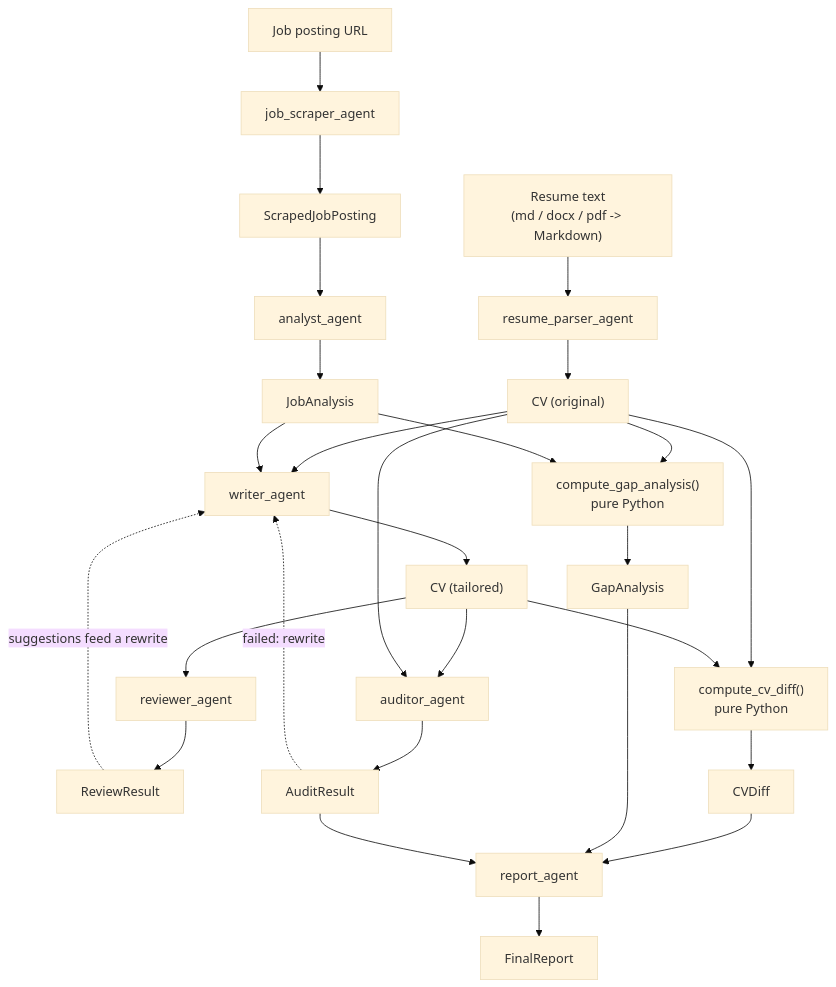
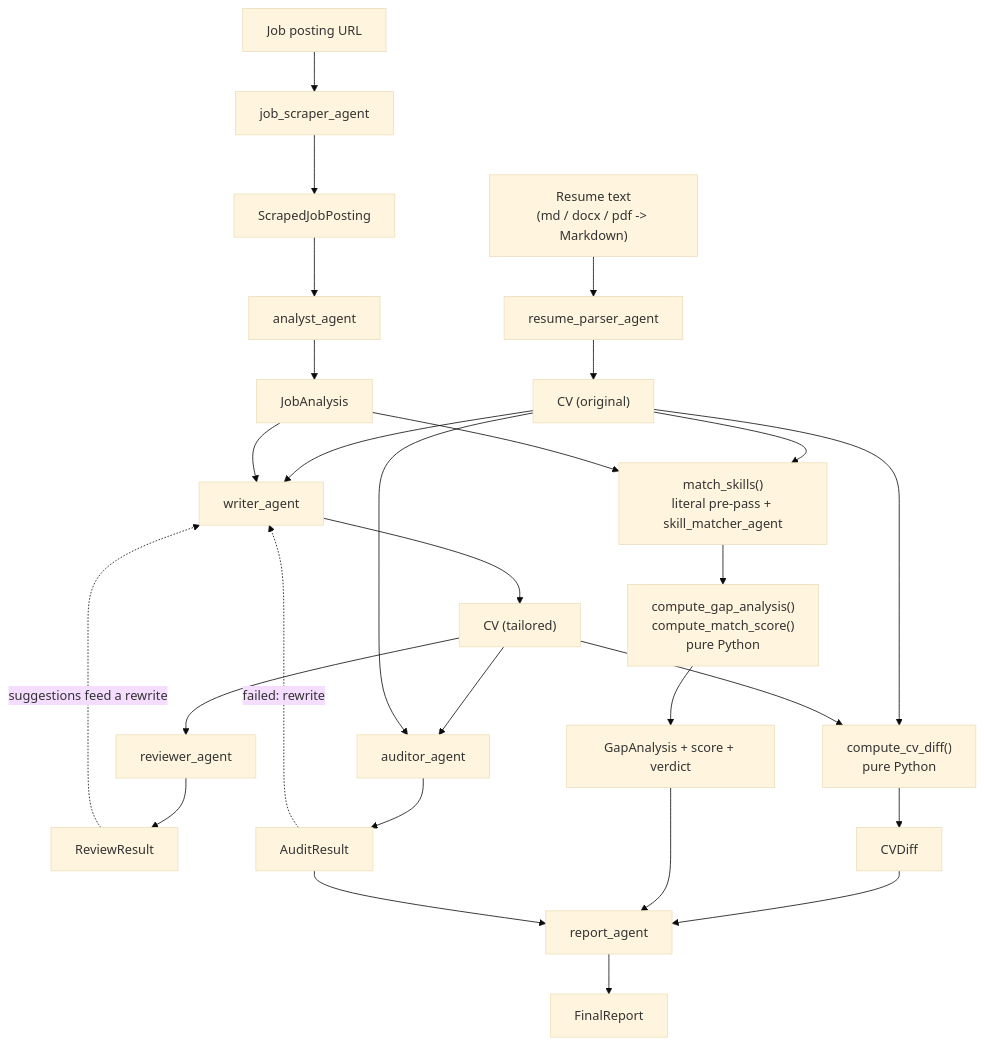
The first of 2 diagrams in docs/agents.md (Tiqni/sira), drawn with Mermaid (base theme) before and after one commit. The commit also changed other lines of this file and 29 other files, not shown here.

First line of the commit message:
feat: semantic job skill matching and python-computed match score (#12)

````diff
--- a/docs/agents.md
+++ b/docs/agents.md
@@ -28,31 +29,32 @@
 ```mermaid
 flowchart TD
     RAW["Resume text<br/>(md / docx / pdf -> Markdown)"] --> P["resume_parser_agent"]
     URL["Job posting URL"] --> SC["job_scraper_agent"]
     SC --> JP["ScrapedJobPosting"]
     JP --> A["analyst_agent"]
 
     P --> CV0["CV (original)"]
     A --> JA["JobAnalysis"]
 
     CV0 --> W["writer_agent"]
     JA --> W
     W --> CV1["CV (tailored)"]
 
     CV1 --> R["reviewer_agent"] --> RR["ReviewResult"]
     RR -.->|"suggestions feed a rewrite"| W
     CV1 --> AU["auditor_agent"]
     CV0 --> AU
     AU --> AR["AuditResult"]
     AR -.->|"failed: rewrite"| W
 
     CV0 --> D["compute_cv_diff()<br/>pure Python"]
     CV1 --> D --> CVD["CVDiff"]
-    CV0 --> G["compute_gap_analysis()<br/>pure Python"]
-    JA --> G --> GA["GapAnalysis"]
+    CV0 --> M["match_skills()<br/>literal pre-pass + skill_matcher_agent"]
+    JA --> M --> G["compute_gap_analysis()<br/>compute_match_score()<br/>pure Python"]
+    G --> GA["GapAnalysis + score + verdict"]
 
     CVD --> RP["report_agent"]
     GA --> RP
     AR --> RP
     RP --> FR["FinalReport"]
 ```
````
